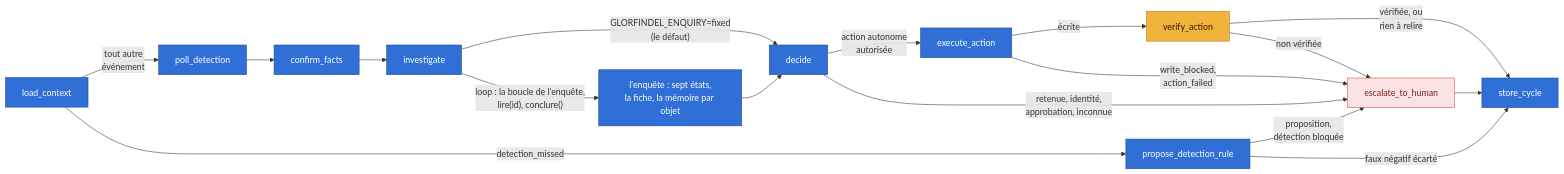
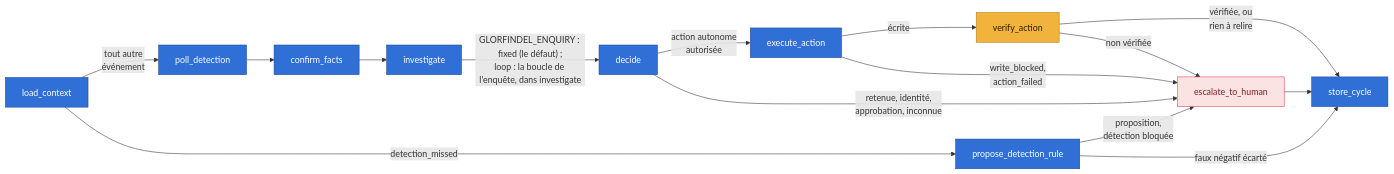
One commit to grootcyber/eregion changed the fourth of 13 diagrams in docs/architecture.md. Above: the diagram before and after it, drawn with Mermaid. The commit also changed 7 other files, not shown here.

First line of the commit message:
fix(glorfindel): le graphe dessiné tel qu'il est câblé, le cache du registre lisible après un retour arrière (ENQ5b, relecture)

````diff
--- a/docs/architecture.md
+++ b/docs/architecture.md
@@ -191,25 +191,23 @@
 ```mermaid
 flowchart LR
     LC["load_context"] -->|"tout autre<br/>événement"| PD["poll_detection"]
     LC -->|"detection_missed"| PDR["propose_detection_rule"]
     PD --> CF["confirm_facts"]
     CF --> INV["investigate"]
-    INV -->|"GLORFINDEL_ENQUIRY=fixed<br/>(le défaut)"| DEC["decide"]
-    INV -->|"loop : la boucle de l'enquête,<br/>lire(id), conclure()"| ENQ["l'enquête : sept états,<br/>la fiche, la mémoire par objet"]
-    ENQ --> DEC
+    INV -->|"GLORFINDEL_ENQUIRY : fixed (le défaut) ;<br/>loop : la boucle de l'enquête, dans investigate"| DEC["decide"]
     DEC -->|"action autonome<br/>autorisée"| EX["execute_action"]
     DEC -->|"retenue, identité,<br/>approbation, inconnue"| ESC["escalate_to_human"]
     EX -->|"écrite"| VA["verify_action"]
     EX -->|"write_blocked,<br/>action_failed"| ESC
     VA -->|"vérifiée, ou<br/>rien à relire"| SC["store_cycle"]
     VA -->|"non vérifiée"| ESC
     PDR -->|"proposition,<br/>détection bloquée"| ESC
     PDR -->|"faux négatif écarté"| SC
     ESC --> SC
     classDef blue fill:#2f6fd6,stroke:#1d4a9a,color:#ffffff
     classDef guard fill:#f2b33d,stroke:#b07a12,color:#2b1d00
     classDef warn fill:#fbe3e3,stroke:#d64545,color:#7a1f1f
-    class LC,PD,CF,INV,DEC,EX,SC,PDR,ENQ blue
+    class LC,PD,CF,INV,DEC,EX,SC,PDR blue
     class VA guard
     class ESC warn
 ```
````
